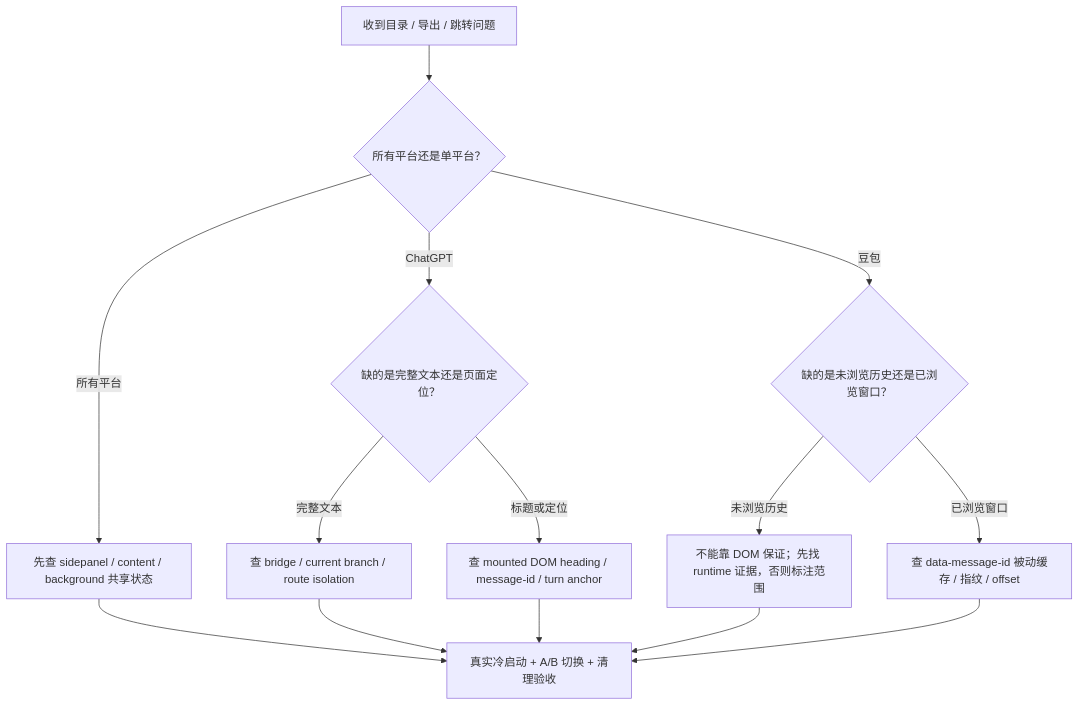
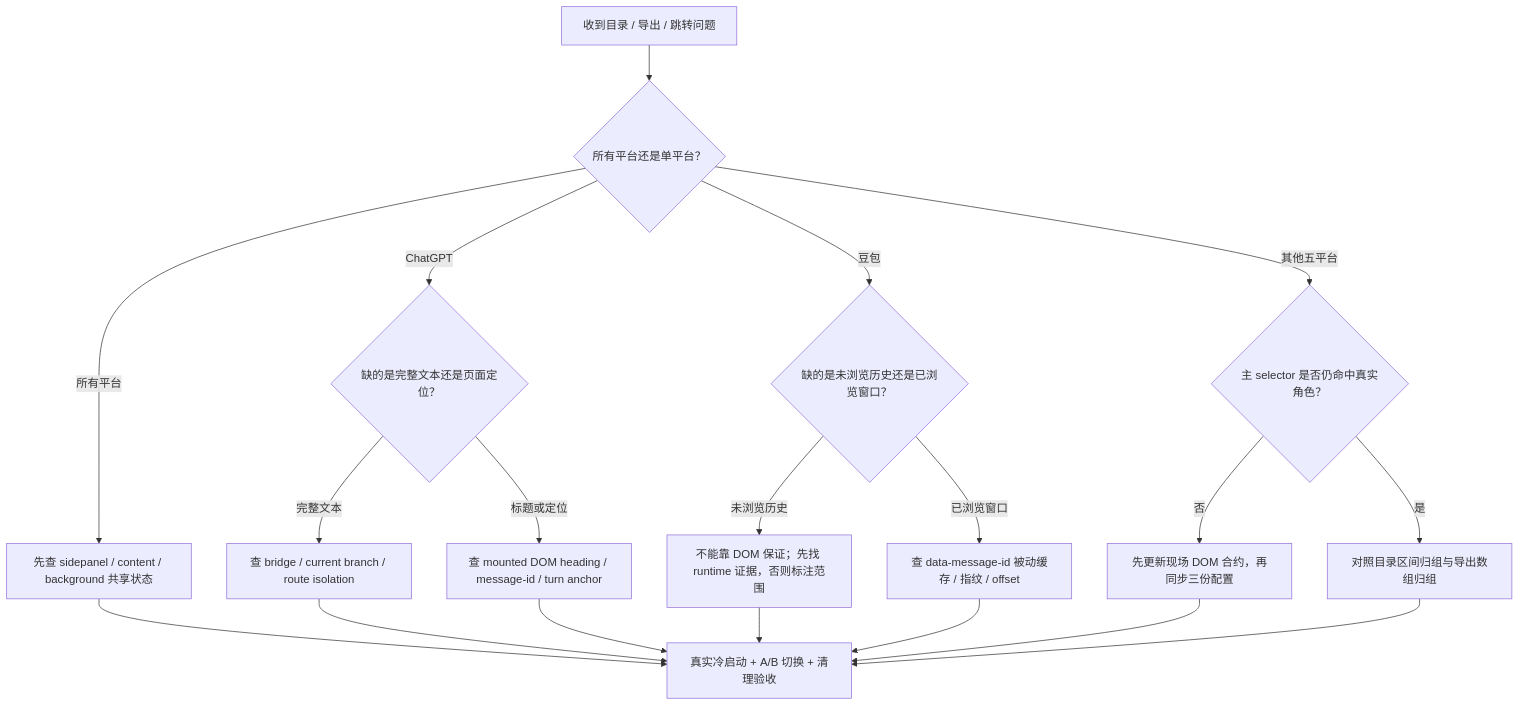
Before and after one commit to Jeff-clouds/AI-Chat-Exporter: the seventh of 7 diagrams in PLATFORM_ARCHITECTURE_GUIDE.md, drawn with Mermaid. The commit also changed other lines of this file and 1 other file, not shown here.

Commit message:
docs: expand architecture guide to all platforms

```diff
--- a/PLATFORM_ARCHITECTURE_GUIDE.md
+++ b/PLATFORM_ARCHITECTURE_GUIDE.md
@@ -502,16 +684,21 @@
 ~~~mermaid
 flowchart TD
     Start["收到目录 / 导出 / 跳转问题"] --> Scope{"所有平台还是单平台？"}
     Scope -->|"所有平台"| Shared["先查 sidepanel / content / background 共享状态"]
     Scope -->|"ChatGPT"| CG{"缺的是完整文本还是页面定位？"}
     Scope -->|"豆包"| DB{"缺的是未浏览历史还是已浏览窗口？"}
+    Scope -->|"其他五平台"| Direct{"主 selector 是否仍命中真实角色？"}
     CG -->|"完整文本"| Runtime["查 bridge / current branch / route isolation"]
     CG -->|"标题或定位"| Mounted["查 mounted DOM heading / message-id / turn anchor"]
     DB -->|"未浏览历史"| Honest["不能靠 DOM 保证；先找 runtime 证据，否则标注范围"]
     DB -->|"已浏览窗口"| Passive["查 data-message-id 被动缓存 / 指纹 / offset"]
+    Direct -->|"否"| Drift["先更新现场 DOM 合约，再同步三份配置"]
+    Direct -->|"是"| Pair["对照目录区间归组与导出数组归组"]
     Shared --> Verify["真实冷启动 + A/B 切换 + 清理验收"]
     Runtime --> Verify
     Mounted --> Verify
     Honest --> Verify
     Passive --> Verify
+    Drift --> Verify
+    Pair --> Verify
 ~~~
```
